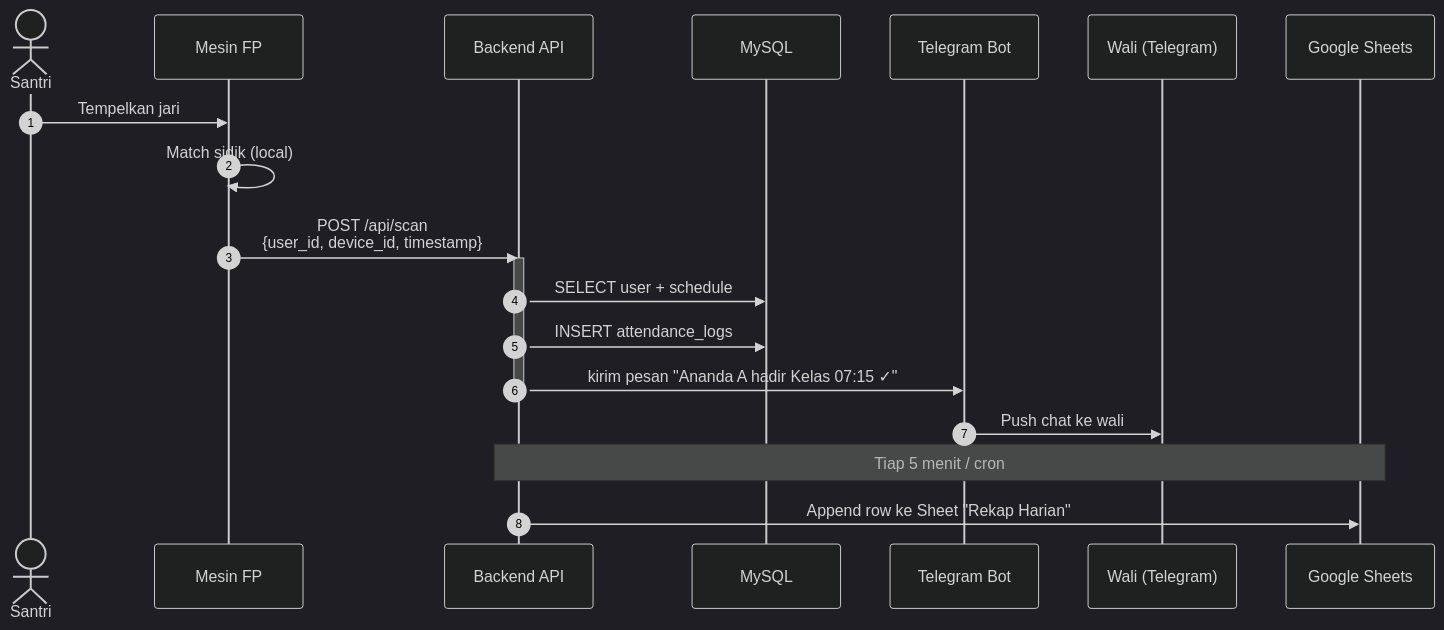
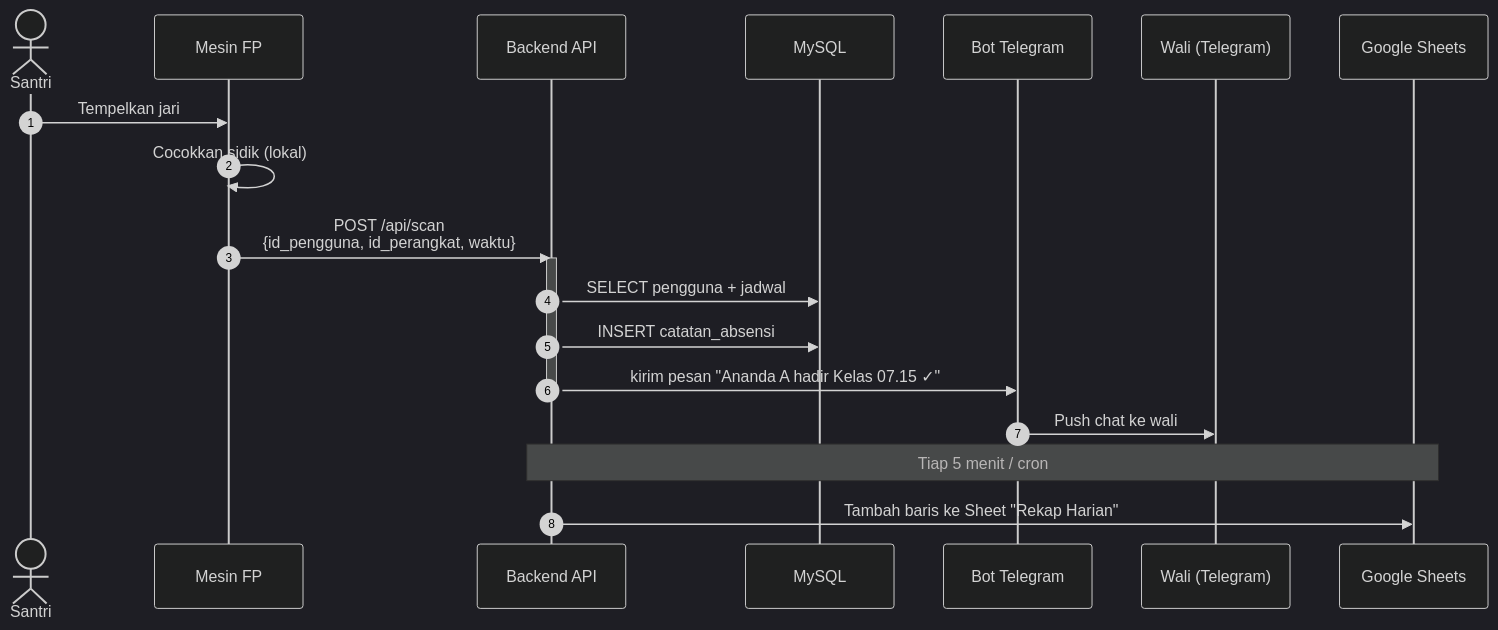
Before and after one commit to RaiKanaeru/ai-agents-vault: the third of 3 diagrams in 20-Projects/01-absensi-finger/03-NO-WEB-SOLUTION.md, drawn with Mermaid (dark theme). The commit also changed other lines of this file and 41 other files, not shown here.

````diff
--- a/20-Projects/01-absensi-finger/03-NO-WEB-SOLUTION.md
+++ b/20-Projects/01-absensi-finger/03-NO-WEB-SOLUTION.md
@@ -90,24 +91,24 @@
 ```mermaid
 sequenceDiagram
     autonumber
     actor S as Santri
     participant FP as Mesin FP
     participant API as Backend API
     participant DB as MySQL
-    participant TG as Telegram Bot
+    participant TG as Bot Telegram
     participant W as Wali (Telegram)
     participant SH as Google Sheets
 
     S->>FP: Tempelkan jari
-    FP->>FP: Match sidik (local)
-    FP->>API: POST /api/scan<br/>{user_id, device_id, timestamp}
+    FP->>FP: Cocokkan sidik (lokal)
+    FP->>API: POST /api/scan<br/>{id_pengguna, id_perangkat, waktu}
     activate API
-    API->>DB: SELECT user + schedule
-    API->>DB: INSERT attendance_logs
-    API->>TG: kirim pesan "Ananda A hadir Kelas 07:15 ✓"
+    API->>DB: SELECT pengguna + jadwal
+    API->>DB: INSERT catatan_absensi
+    API->>TG: kirim pesan "Ananda A hadir Kelas 07.15 ✓"
     deactivate API
 
     TG->>W: Push chat ke wali
     Note over API,SH: Tiap 5 menit / cron
-    API->>SH: Append row ke Sheet "Rekap Harian"
+    API->>SH: Tambah baris ke Sheet "Rekap Harian"
 ```
````
